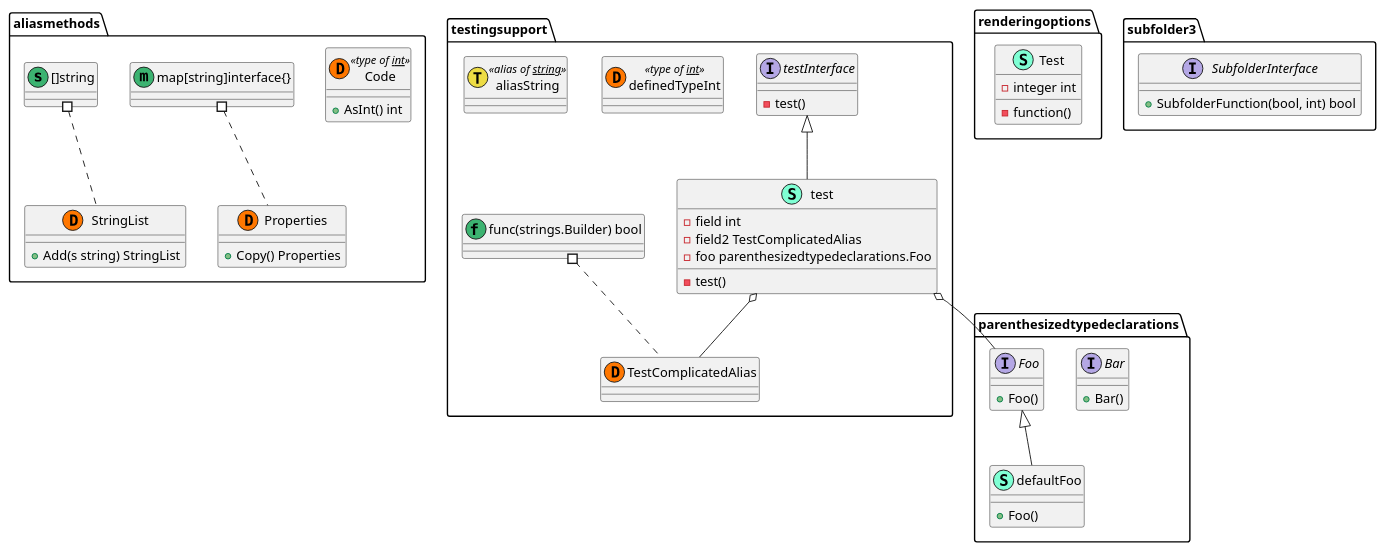
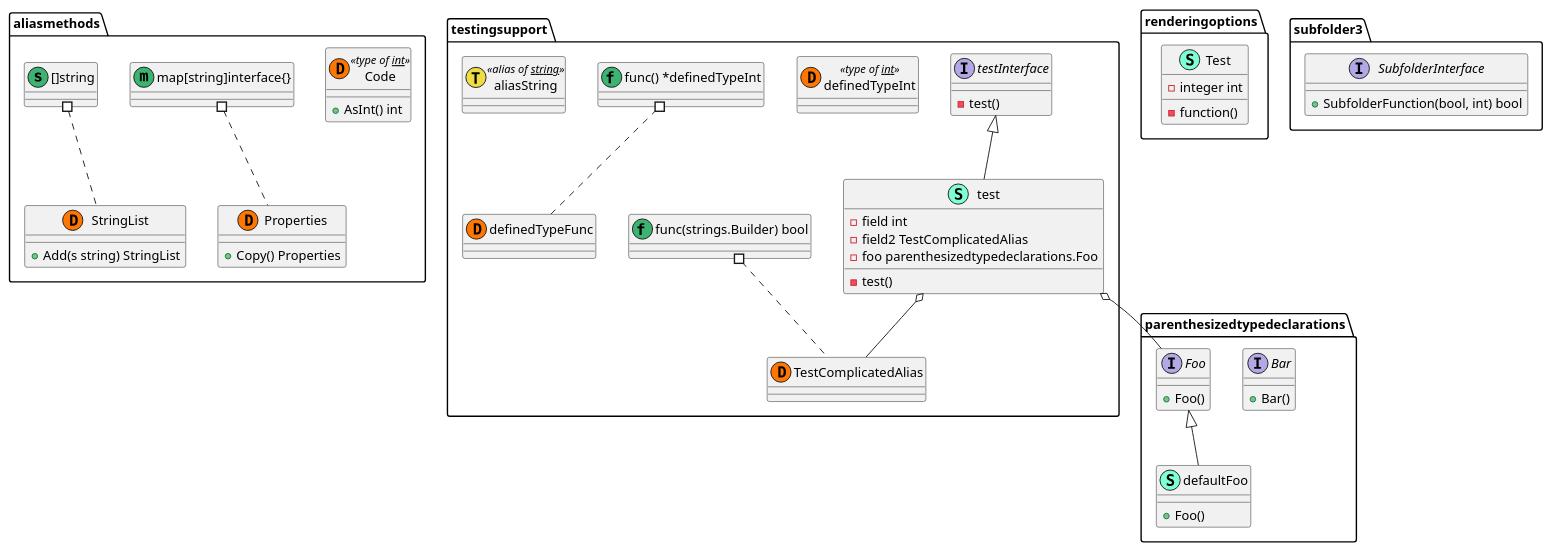
One commit to keisuke-m123/godiagramgen changed the diagram in testingsupport/testingsupport-all-ignore-directories.puml. Above: the diagram before and after it, drawn with PlantUML. The commit also changed 11 other files, not shown here.

Commit message:
fix: plantumlのalias命名を修正

```diff
--- a/testingsupport/testingsupport-all-ignore-directories.puml
+++ b/testingsupport/testingsupport-all-ignore-directories.puml
@@ -1,73 +1,80 @@
 @startuml
 namespace aliasmethods {
     class "Code"  << (D,  ff7700ff) type of __int__ >> {
         + AsInt() int
     }
     class "Properties"  << (D,  ff7700ff)  >> {
         + Copy() Properties
     }
     class "StringList"  << (D,  ff7700ff)  >> {
         + Add(s string) StringList
     }
 }
 namespace aliasmethods {
     class "map[string]interface{}" as mapstringinterface << (m,  3cb371ff)  >> {
     }
 }
 "aliasmethods.mapstringinterface" #.. "aliasmethods.Properties"
 namespace aliasmethods {
     class "[]string" as string << (s,  3cb371ff)  >> {
     }
 }
 "aliasmethods.string" #.. "aliasmethods.StringList"
 namespace parenthesizedtypedeclarations {
     class "defaultFoo"  << (S,  7fffd4ff)  >> {
         + Foo() 
     }
     interface Bar {
         + Bar() 
     }
     interface Foo {
         + Foo() 
     }
 }
 "parenthesizedtypedeclarations.Foo" <|-- "parenthesizedtypedeclarations.defaultFoo"
 namespace renderingoptions {
     class "Test"  << (S,  7fffd4ff)  >> {
         - integer int
         - function() 
     }
 }
 namespace subfolder3 {
     interface SubfolderInterface {
         + SubfolderFunction(bool, int) bool
     }
 }
 namespace testingsupport {
     class "test"  << (S,  7fffd4ff)  >> {
         - field int
         - field2 TestComplicatedAlias
         - foo parenthesizedtypedeclarations.Foo
         - test() 
     }
     interface testInterface {
         - test() 
     }
     class "TestComplicatedAlias"  << (D,  ff7700ff)  >> {
     }
+    class "definedTypeFunc"  << (D,  ff7700ff)  >> {
+    }
     class "definedTypeInt"  << (D,  ff7700ff) type of __int__ >> {
     }
 }
 "testingsupport.testInterface" <|-- "testingsupport.test"
 "testingsupport.test" o-- "parenthesizedtypedeclarations.Foo"
 "testingsupport.test" o-- "testingsupport.TestComplicatedAlias"
 namespace testingsupport {
     class "func(strings.Builder) bool" as funcstringsBuilderbool << (f,  3cb371ff)  >> {
     }
 }
 "testingsupport.funcstringsBuilderbool" #.. "testingsupport.TestComplicatedAlias"
 namespace testingsupport {
+    class "func() *definedTypeInt" as func*definedTypeInt << (f,  3cb371ff)  >> {
+    }
+}
+"testingsupport.func*definedTypeInt" #.. "testingsupport.definedTypeFunc"
+namespace testingsupport {
     class "aliasString"  << (T,  eddc44ff) alias of __string__ >> {
     }
 }
 @enduml
```
